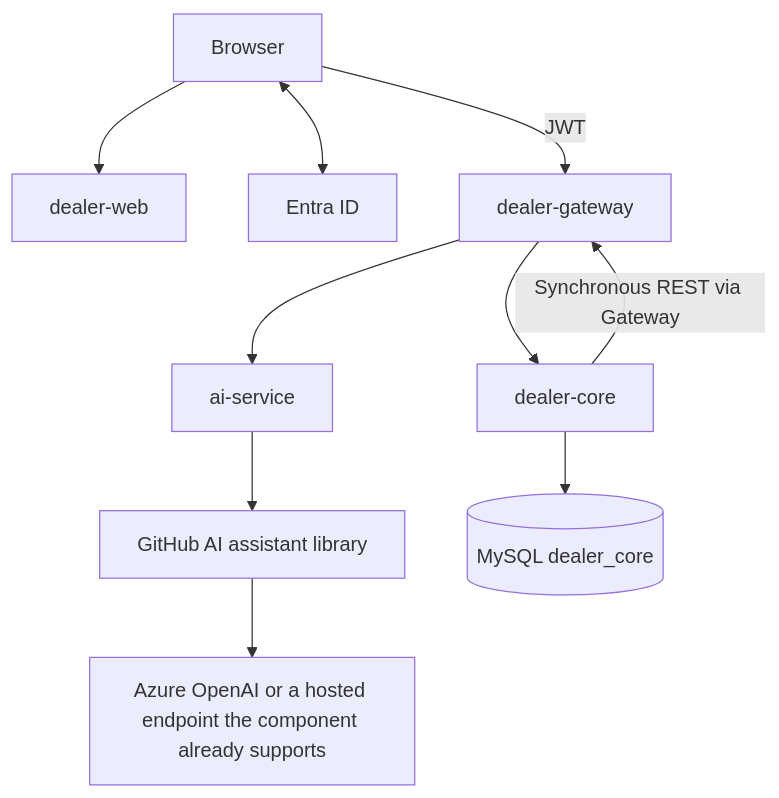
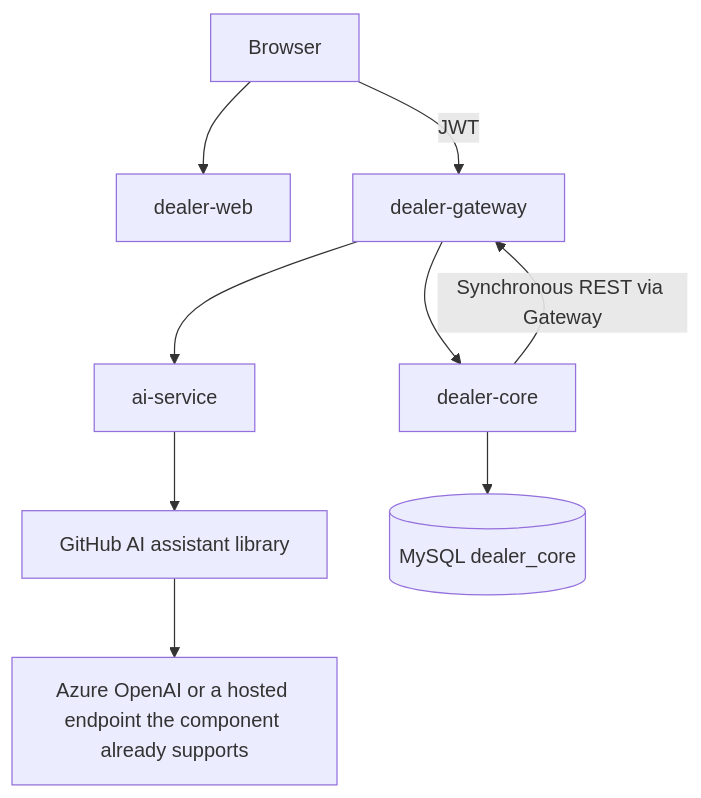
Before and after one commit to YUANDONG-YANG/DealerOps: the diagram in design/07-Azure-Microservices-Architecture.md, drawn with Mermaid. The commit also changed other lines of this file and 3 other files, not shown here.

````diff
--- a/design/07-Azure-Microservices-Architecture.md
+++ b/design/07-Azure-Microservices-Architecture.md
@@ -15,12 +15,11 @@
 ```mermaid
 flowchart TB
   U[Browser] --> WEB[dealer-web]
-  U <--> ID[Entra ID]
   U -->|JWT| GW[dealer-gateway]
   GW --> CORE[dealer-core]
   CORE -->|Synchronous REST via Gateway| GW
   GW --> AI[ai-service]
   AI --> LIB[GitHub AI assistant library]
   LIB --> MODEL[Azure OpenAI or a hosted endpoint the component already supports]
   CORE --> DB[(MySQL dealer_core)]
 ```
````
